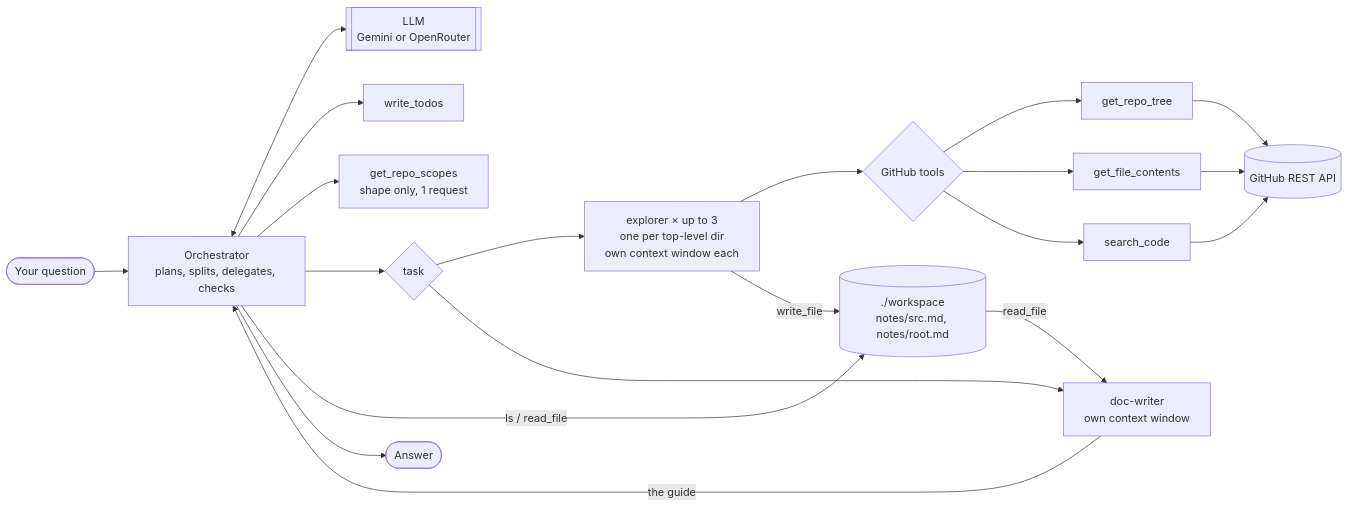
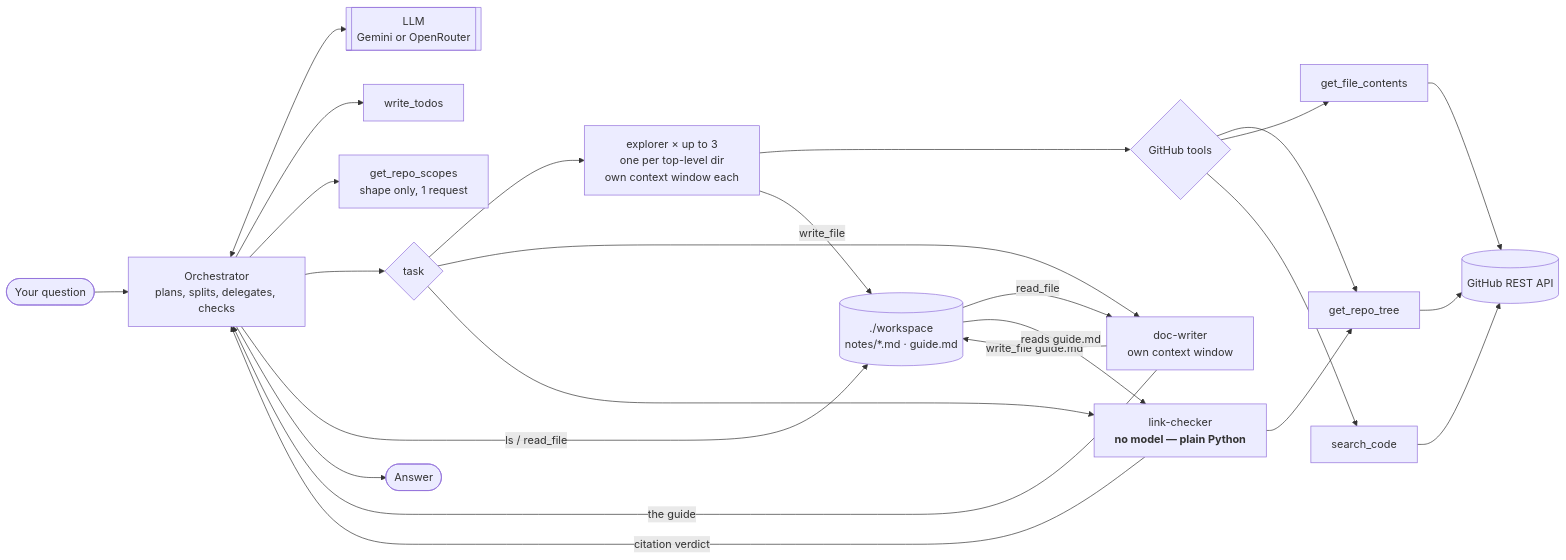
The diagram in README.md (ArchitKandu/repo-cartographer), drawn with Mermaid before and after one commit. The commit also changed other lines of this file and 9 other files, not shown here.

First line of the commit message:
Enhance link-checker functionality and tests for Phase 6

````diff
--- a/README.md
+++ b/README.md
@@ -294,20 +416,25 @@
 ```mermaid
 flowchart LR
     U([Your question]) --> A[Orchestrator<br/>plans, splits, delegates, checks]
     A <--> M[["LLM<br/>Gemini or OpenRouter"]]
     A --> P[write_todos]
     A --> S[get_repo_scopes<br/>shape only, 1 request]
     A --> K{task}
     K --> E[explorer × up to 3<br/>one per top-level dir<br/>own context window each]
     K --> C[doc-writer<br/>own context window]
+    K --> L[link-checker<br/><b>no model — plain Python</b>]
     E --> T{GitHub tools}
     T --> T1[get_repo_tree]
     T --> T2[get_file_contents]
     T --> T3[search_code]
     T1 & T2 & T3 --> G[(GitHub REST API)]
-    E -- write_file --> D[("./workspace<br/>notes/src.md, notes/root.md")]
+    L --> T1
+    E -- write_file --> D[("./workspace<br/>notes/*.md · guide.md")]
     D -- read_file --> C
+    C -- write_file guide.md --> D
+    D -- reads guide.md --> L
     A -- ls / read_file --> D
     C -- the guide --> A
+    L -- citation verdict --> A
     A --> R([Answer])
 ```
````
